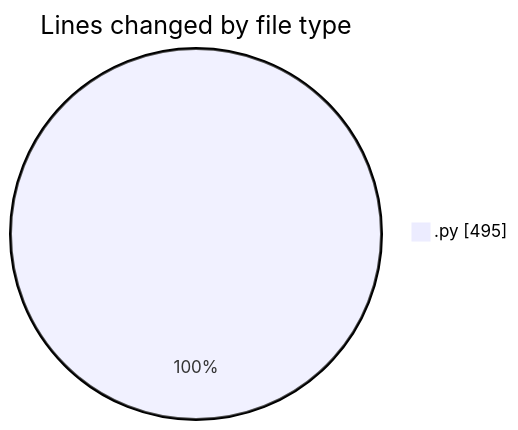
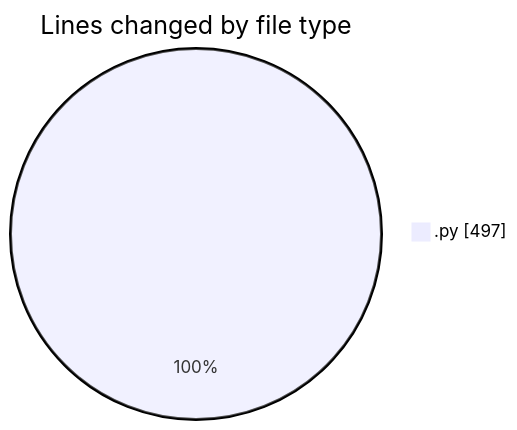
The first of 2 diagrams in 2025-01-12/myws__workspace_/README.md (MatusMokan/code-tracking), drawn with Mermaid before and after one commit. The commit also changed other lines of this file and 1 other file, not shown here.

````diff
--- a/2025-01-12/myws__workspace_/README.md
+++ b/2025-01-12/myws__workspace_/README.md
@@ -21,5 +21,5 @@
 ```mermaid
 pie showData
 title Lines changed by file type
-".py" : 495
+".py" : 497
 ```
````
